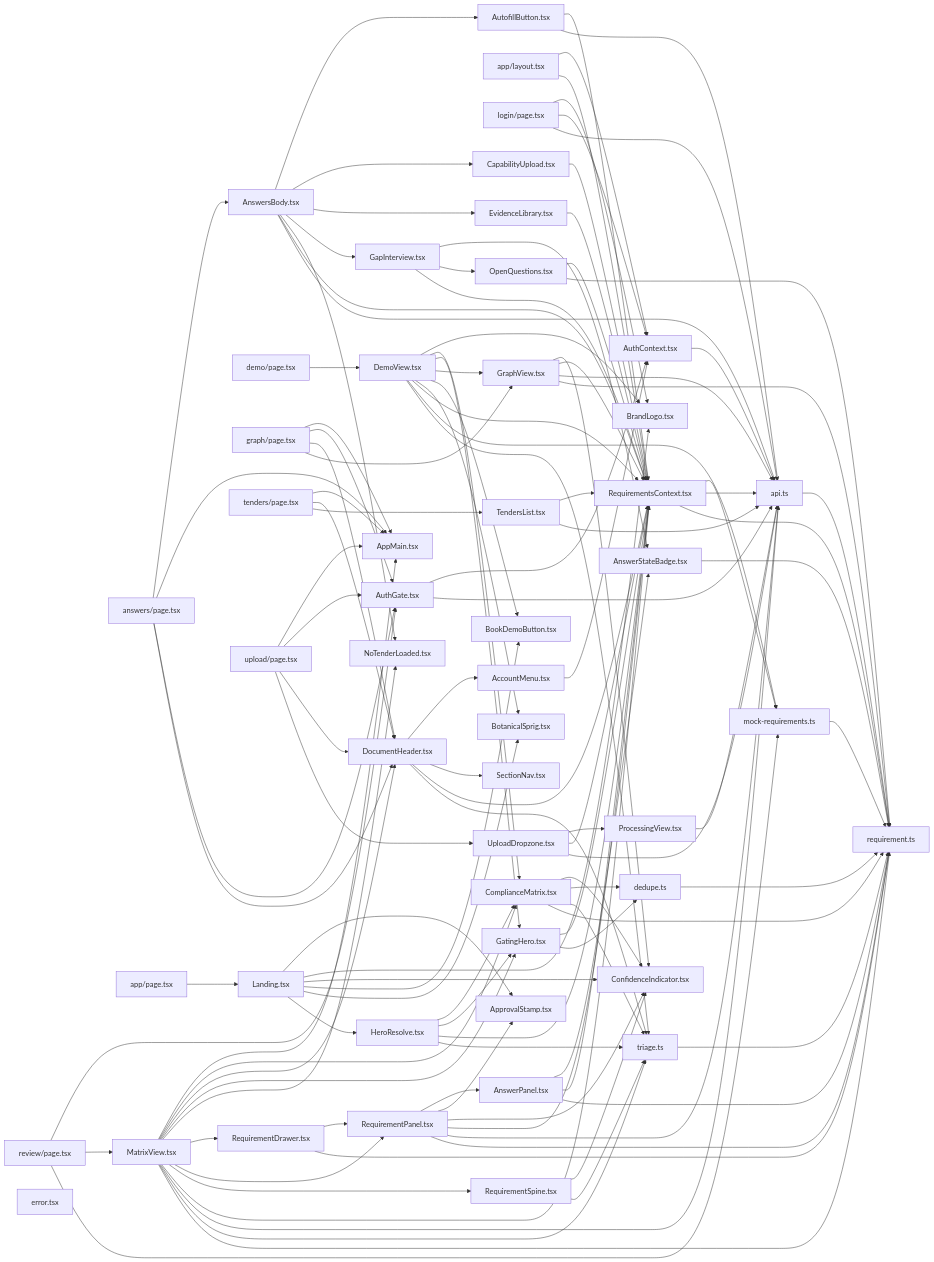
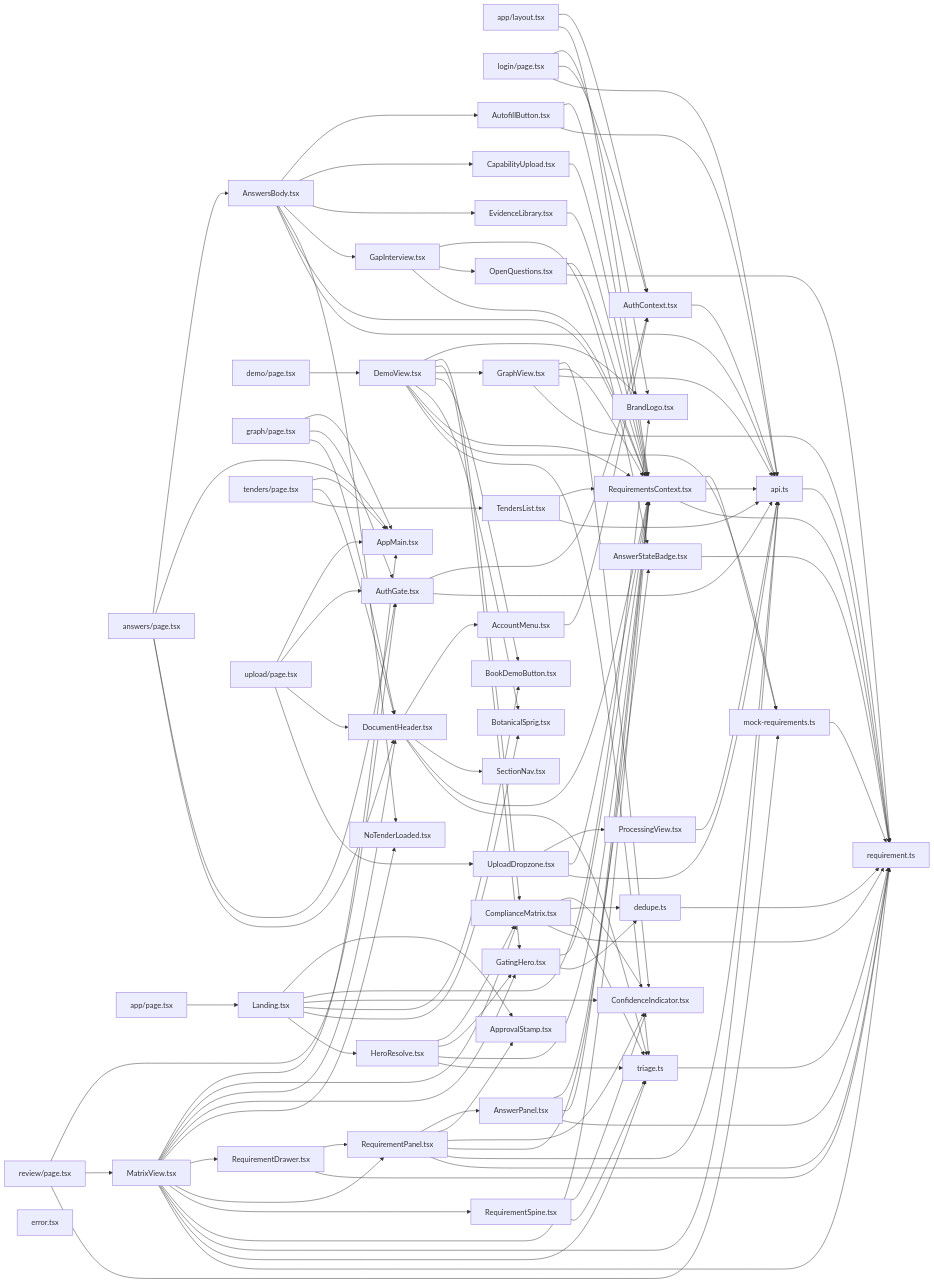
The second of 3 diagrams in CODEMAP.md (Welddevelopment/Bidframe), drawn with Mermaid before and after one commit. The commit also changed other lines of this file and 4 other files, not shown here.

First line of the commit message:
feat(graph): reframe /graph around 'where the marks live' + answer-order rails

````diff
--- a/CODEMAP.md
+++ b/CODEMAP.md
@@ -50,114 +50,113 @@
   n7[graph/page.tsx] --> n2[AppMain.tsx]
   n7[graph/page.tsx] --> n3[AuthGate.tsx]
   n7[graph/page.tsx] --> n4[DocumentHeader.tsx]
-  n7[graph/page.tsx] --> n8[GraphView.tsx]
-  n9[app/layout.tsx] --> n10[AuthContext.tsx]
-  n9[app/layout.tsx] --> n11[RequirementsContext.tsx]
-  n12[login/page.tsx] --> n13[BrandLogo.tsx]
-  n12[login/page.tsx] --> n10[AuthContext.tsx]
-  n12[login/page.tsx] --> n14[api.ts]
-  n15[app/page.tsx] --> n16[Landing.tsx]
-  n17[review/page.tsx] --> n3[AuthGate.tsx]
-  n17[review/page.tsx] --> n18[MatrixView.tsx]
-  n17[review/page.tsx] --> n19[mock-requirements.ts]
-  n20[tenders/page.tsx] --> n2[AppMain.tsx]
-  n20[tenders/page.tsx] --> n4[DocumentHeader.tsx]
-  n20[tenders/page.tsx] --> n21[TendersList.tsx]
-  n22[upload/page.tsx] --> n2[AppMain.tsx]
-  n22[upload/page.tsx] --> n3[AuthGate.tsx]
-  n22[upload/page.tsx] --> n4[DocumentHeader.tsx]
-  n22[upload/page.tsx] --> n23[UploadDropzone.tsx]
-  n24[AccountMenu.tsx] --> n10[AuthContext.tsx]
-  n25[AnswerPanel.tsx] --> n26[AnswerStateBadge.tsx]
-  n25[AnswerPanel.tsx] --> n11[RequirementsContext.tsx]
-  n25[AnswerPanel.tsx] --> n27[requirement.ts]
-  n26[AnswerStateBadge.tsx] --> n27[requirement.ts]
-  n1[AnswersBody.tsx] --> n28[AutofillButton.tsx]
-  n1[AnswersBody.tsx] --> n29[CapabilityUpload.tsx]
-  n1[AnswersBody.tsx] --> n30[EvidenceLibrary.tsx]
-  n1[AnswersBody.tsx] --> n31[GapInterview.tsx]
-  n1[AnswersBody.tsx] --> n32[NoTenderLoaded.tsx]
-  n1[AnswersBody.tsx] --> n11[RequirementsContext.tsx]
-  n1[AnswersBody.tsx] --> n14[api.ts]
-  n3[AuthGate.tsx] --> n10[AuthContext.tsx]
-  n3[AuthGate.tsx] --> n14[api.ts]
-  n28[AutofillButton.tsx] --> n11[RequirementsContext.tsx]
-  n28[AutofillButton.tsx] --> n14[api.ts]
-  n29[CapabilityUpload.tsx] --> n11[RequirementsContext.tsx]
-  n33[ComplianceMatrix.tsx] --> n34[ConfidenceIndicator.tsx]
-  n33[ComplianceMatrix.tsx] --> n35[dedupe.ts]
-  n33[ComplianceMatrix.tsx] --> n36[triage.ts]
-  n33[ComplianceMatrix.tsx] --> n27[requirement.ts]
-  n6[DemoView.tsx] --> n13[BrandLogo.tsx]
-  n6[DemoView.tsx] --> n33[ComplianceMatrix.tsx]
-  n6[DemoView.tsx] --> n37[GatingHero.tsx]
-  n6[DemoView.tsx] --> n8[GraphView.tsx]
+  n8[app/layout.tsx] --> n9[AuthContext.tsx]
+  n8[app/layout.tsx] --> n10[RequirementsContext.tsx]
+  n11[login/page.tsx] --> n12[BrandLogo.tsx]
+  n11[login/page.tsx] --> n9[AuthContext.tsx]
+  n11[login/page.tsx] --> n13[api.ts]
+  n14[app/page.tsx] --> n15[Landing.tsx]
+  n16[review/page.tsx] --> n3[AuthGate.tsx]
+  n16[review/page.tsx] --> n17[MatrixView.tsx]
+  n16[review/page.tsx] --> n18[mock-requirements.ts]
+  n19[tenders/page.tsx] --> n2[AppMain.tsx]
+  n19[tenders/page.tsx] --> n4[DocumentHeader.tsx]
+  n19[tenders/page.tsx] --> n20[TendersList.tsx]
+  n21[upload/page.tsx] --> n2[AppMain.tsx]
+  n21[upload/page.tsx] --> n3[AuthGate.tsx]
+  n21[upload/page.tsx] --> n4[DocumentHeader.tsx]
+  n21[upload/page.tsx] --> n22[UploadDropzone.tsx]
+  n23[AccountMenu.tsx] --> n9[AuthContext.tsx]
+  n24[AnswerPanel.tsx] --> n25[AnswerStateBadge.tsx]
+  n24[AnswerPanel.tsx] --> n10[RequirementsContext.tsx]
+  n24[AnswerPanel.tsx] --> n26[requirement.ts]
+  n25[AnswerStateBadge.tsx] --> n26[requirement.ts]
+  n1[AnswersBody.tsx] --> n27[AutofillButton.tsx]
+  n1[AnswersBody.tsx] --> n28[CapabilityUpload.tsx]
+  n1[AnswersBody.tsx] --> n29[EvidenceLibrary.tsx]
+  n1[AnswersBody.tsx] --> n30[GapInterview.tsx]
+  n1[AnswersBody.tsx] --> n31[NoTenderLoaded.tsx]
+  n1[AnswersBody.tsx] --> n10[RequirementsContext.tsx]
+  n1[AnswersBody.tsx] --> n13[api.ts]
+  n3[AuthGate.tsx] --> n9[AuthContext.tsx]
+  n3[AuthGate.tsx] --> n13[api.ts]
+  n27[AutofillButton.tsx] --> n10[RequirementsContext.tsx]
+  n27[AutofillButton.tsx] --> n13[api.ts]
+  n28[CapabilityUpload.tsx] --> n10[RequirementsContext.tsx]
+  n32[ComplianceMatrix.tsx] --> n33[ConfidenceIndicator.tsx]
+  n32[ComplianceMatrix.tsx] --> n34[dedupe.ts]
+  n32[ComplianceMatrix.tsx] --> n35[triage.ts]
+  n32[ComplianceMatrix.tsx] --> n26[requirement.ts]
+  n6[DemoView.tsx] --> n12[BrandLogo.tsx]
+  n6[DemoView.tsx] --> n32[ComplianceMatrix.tsx]
+  n6[DemoView.tsx] --> n36[GatingHero.tsx]
+  n6[DemoView.tsx] --> n37[GraphView.tsx]
   n6[DemoView.tsx] --> n38[BookDemoButton.tsx]
   n6[DemoView.tsx] --> n39[BotanicalSprig.tsx]
-  n6[DemoView.tsx] --> n11[RequirementsContext.tsx]
-  n6[DemoView.tsx] --> n19[mock-requirements.ts]
-  n6[DemoView.tsx] --> n36[triage.ts]
-  n4[DocumentHeader.tsx] --> n24[AccountMenu.tsx]
+  n6[DemoView.tsx] --> n10[RequirementsContext.tsx]
+  n6[DemoView.tsx] --> n18[mock-requirements.ts]
+  n6[DemoView.tsx] --> n35[triage.ts]
+  n4[DocumentHeader.tsx] --> n23[AccountMenu.tsx]
   n4[DocumentHeader.tsx] --> n40[SectionNav.tsx]
-  n4[DocumentHeader.tsx] --> n11[RequirementsContext.tsx]
-  n4[DocumentHeader.tsx] --> n36[triage.ts]
-  n30[EvidenceLibrary.tsx] --> n11[RequirementsContext.tsx]
-  n31[GapInterview.tsx] --> n26[AnswerStateBadge.tsx]
-  n31[GapInterview.tsx] --> n41[OpenQuestions.tsx]
-  n31[GapInterview.tsx] --> n11[RequirementsContext.tsx]
-  n37[GatingHero.tsx] --> n11[RequirementsContext.tsx]
-  n37[GatingHero.tsx] --> n35[dedupe.ts]
-  n8[GraphView.tsx] --> n34[ConfidenceIndicator.tsx]
-  n8[GraphView.tsx] --> n11[RequirementsContext.tsx]
-  n8[GraphView.tsx] --> n14[api.ts]
-  n8[GraphView.tsx] --> n27[requirement.ts]
-  n18[MatrixView.tsx] --> n2[AppMain.tsx]
-  n18[MatrixView.tsx] --> n33[ComplianceMatrix.tsx]
-  n18[MatrixView.tsx] --> n4[DocumentHeader.tsx]
-  n18[MatrixView.tsx] --> n37[GatingHero.tsx]
-  n18[MatrixView.tsx] --> n32[NoTenderLoaded.tsx]
-  n18[MatrixView.tsx] --> n42[RequirementDrawer.tsx]
-  n18[MatrixView.tsx] --> n43[RequirementPanel.tsx]
-  n18[MatrixView.tsx] --> n44[RequirementSpine.tsx]
-  n18[MatrixView.tsx] --> n11[RequirementsContext.tsx]
-  n18[MatrixView.tsx] --> n14[api.ts]
-  n18[MatrixView.tsx] --> n36[triage.ts]
-  n18[MatrixView.tsx] --> n27[requirement.ts]
-  n41[OpenQuestions.tsx] --> n11[RequirementsContext.tsx]
-  n41[OpenQuestions.tsx] --> n27[requirement.ts]
-  n45[ProcessingView.tsx] --> n14[api.ts]
+  n4[DocumentHeader.tsx] --> n10[RequirementsContext.tsx]
+  n4[DocumentHeader.tsx] --> n35[triage.ts]
+  n29[EvidenceLibrary.tsx] --> n10[RequirementsContext.tsx]
+  n30[GapInterview.tsx] --> n25[AnswerStateBadge.tsx]
+  n30[GapInterview.tsx] --> n41[OpenQuestions.tsx]
+  n30[GapInterview.tsx] --> n10[RequirementsContext.tsx]
+  n36[GatingHero.tsx] --> n10[RequirementsContext.tsx]
+  n36[GatingHero.tsx] --> n34[dedupe.ts]
+  n37[GraphView.tsx] --> n33[ConfidenceIndicator.tsx]
+  n37[GraphView.tsx] --> n10[RequirementsContext.tsx]
+  n37[GraphView.tsx] --> n13[api.ts]
+  n37[GraphView.tsx] --> n26[requirement.ts]
+  n17[MatrixView.tsx] --> n2[AppMain.tsx]
+  n17[MatrixView.tsx] --> n32[ComplianceMatrix.tsx]
+  n17[MatrixView.tsx] --> n4[DocumentHeader.tsx]
+  n17[MatrixView.tsx] --> n36[GatingHero.tsx]
+  n17[MatrixView.tsx] --> n31[NoTenderLoaded.tsx]
+  n17[MatrixView.tsx] --> n42[RequirementDrawer.tsx]
+  n17[MatrixView.tsx] --> n43[RequirementPanel.tsx]
+  n17[MatrixView.tsx] --> n44[RequirementSpine.tsx]
+  n17[MatrixView.tsx] --> n10[RequirementsContext.tsx]
+  n17[MatrixView.tsx] --> n13[api.ts]
+  n17[MatrixView.tsx] --> n35[triage.ts]
+  n17[MatrixView.tsx] --> n26[requirement.ts]
+  n41[OpenQuestions.tsx] --> n10[RequirementsContext.tsx]
+  n41[OpenQuestions.tsx] --> n26[requirement.ts]
+  n45[ProcessingView.tsx] --> n13[api.ts]
   n42[RequirementDrawer.tsx] --> n43[RequirementPanel.tsx]
-  n42[RequirementDrawer.tsx] --> n27[requirement.ts]
-  n43[RequirementPanel.tsx] --> n25[AnswerPanel.tsx]
+  n42[RequirementDrawer.tsx] --> n26[requirement.ts]
+  n43[RequirementPanel.tsx] --> n24[AnswerPanel.tsx]
   n43[RequirementPanel.tsx] --> n46[ApprovalStamp.tsx]
-  n43[RequirementPanel.tsx] --> n34[ConfidenceIndicator.tsx]
-  n43[RequirementPanel.tsx] --> n11[RequirementsContext.tsx]
-  n43[RequirementPanel.tsx] --> n14[api.ts]
-  n43[RequirementPanel.tsx] --> n27[requirement.ts]
-  n44[RequirementSpine.tsx] --> n34[ConfidenceIndicator.tsx]
-  n44[RequirementSpine.tsx] --> n36[triage.ts]
-  n21[TendersList.tsx] --> n11[RequirementsContext.tsx]
-  n21[TendersList.tsx] --> n14[api.ts]
-  n23[UploadDropzone.tsx] --> n45[ProcessingView.tsx]
-  n23[UploadDropzone.tsx] --> n11[RequirementsContext.tsx]
-  n23[UploadDropzone.tsx] --> n14[api.ts]
-  n47[HeroResolve.tsx] --> n33[ComplianceMatrix.tsx]
-  n47[HeroResolve.tsx] --> n37[GatingHero.tsx]
-  n47[HeroResolve.tsx] --> n11[RequirementsContext.tsx]
-  n47[HeroResolve.tsx] --> n36[triage.ts]
-  n16[Landing.tsx] --> n46[ApprovalStamp.tsx]
-  n16[Landing.tsx] --> n13[BrandLogo.tsx]
-  n16[Landing.tsx] --> n34[ConfidenceIndicator.tsx]
-  n16[Landing.tsx] --> n38[BookDemoButton.tsx]
-  n16[Landing.tsx] --> n39[BotanicalSprig.tsx]
-  n16[Landing.tsx] --> n47[HeroResolve.tsx]
-  n10[AuthContext.tsx] --> n14[api.ts]
-  n11[RequirementsContext.tsx] --> n19[mock-requirements.ts]
-  n11[RequirementsContext.tsx] --> n14[api.ts]
-  n11[RequirementsContext.tsx] --> n27[requirement.ts]
-  n19[mock-requirements.ts] --> n27[requirement.ts]
-  n14[api.ts] --> n27[requirement.ts]
-  n35[dedupe.ts] --> n27[requirement.ts]
-  n36[triage.ts] --> n27[requirement.ts]
+  n43[RequirementPanel.tsx] --> n33[ConfidenceIndicator.tsx]
+  n43[RequirementPanel.tsx] --> n10[RequirementsContext.tsx]
+  n43[RequirementPanel.tsx] --> n13[api.ts]
+  n43[RequirementPanel.tsx] --> n26[requirement.ts]
+  n44[RequirementSpine.tsx] --> n33[ConfidenceIndicator.tsx]
+  n44[RequirementSpine.tsx] --> n35[triage.ts]
+  n20[TendersList.tsx] --> n10[RequirementsContext.tsx]
+  n20[TendersList.tsx] --> n13[api.ts]
+  n22[UploadDropzone.tsx] --> n45[ProcessingView.tsx]
+  n22[UploadDropzone.tsx] --> n10[RequirementsContext.tsx]
+  n22[UploadDropzone.tsx] --> n13[api.ts]
+  n47[HeroResolve.tsx] --> n32[ComplianceMatrix.tsx]
+  n47[HeroResolve.tsx] --> n36[GatingHero.tsx]
+  n47[HeroResolve.tsx] --> n10[RequirementsContext.tsx]
+  n47[HeroResolve.tsx] --> n35[triage.ts]
+  n15[Landing.tsx] --> n46[ApprovalStamp.tsx]
+  n15[Landing.tsx] --> n12[BrandLogo.tsx]
+  n15[Landing.tsx] --> n33[ConfidenceIndicator.tsx]
+  n15[Landing.tsx] --> n38[BookDemoButton.tsx]
+  n15[Landing.tsx] --> n39[BotanicalSprig.tsx]
+  n15[Landing.tsx] --> n47[HeroResolve.tsx]
+  n9[AuthContext.tsx] --> n13[api.ts]
+  n10[RequirementsContext.tsx] --> n18[mock-requirements.ts]
+  n10[RequirementsContext.tsx] --> n13[api.ts]
+  n10[RequirementsContext.tsx] --> n26[requirement.ts]
+  n18[mock-requirements.ts] --> n26[requirement.ts]
+  n13[api.ts] --> n26[requirement.ts]
+  n34[dedupe.ts] --> n26[requirement.ts]
+  n35[triage.ts] --> n26[requirement.ts]
   n48[error.tsx]
 ```
````
